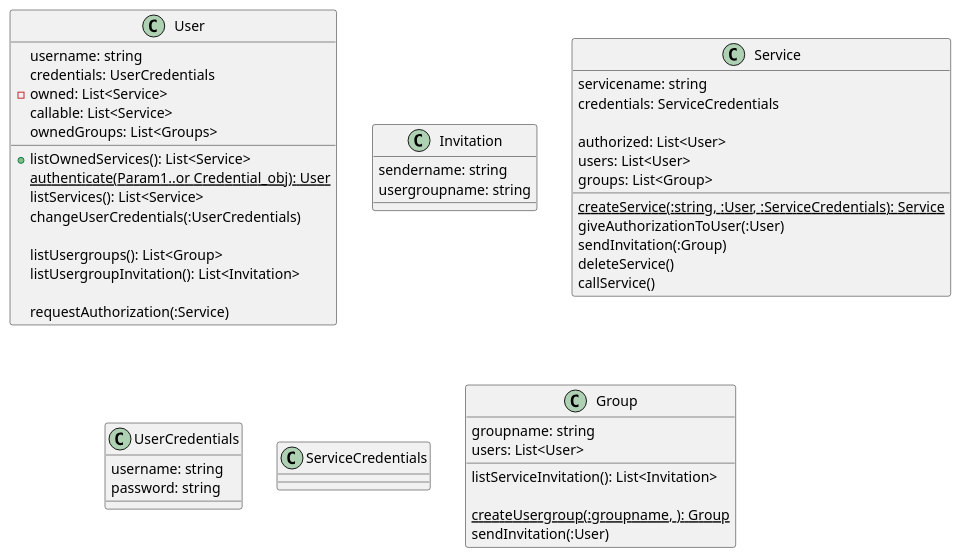
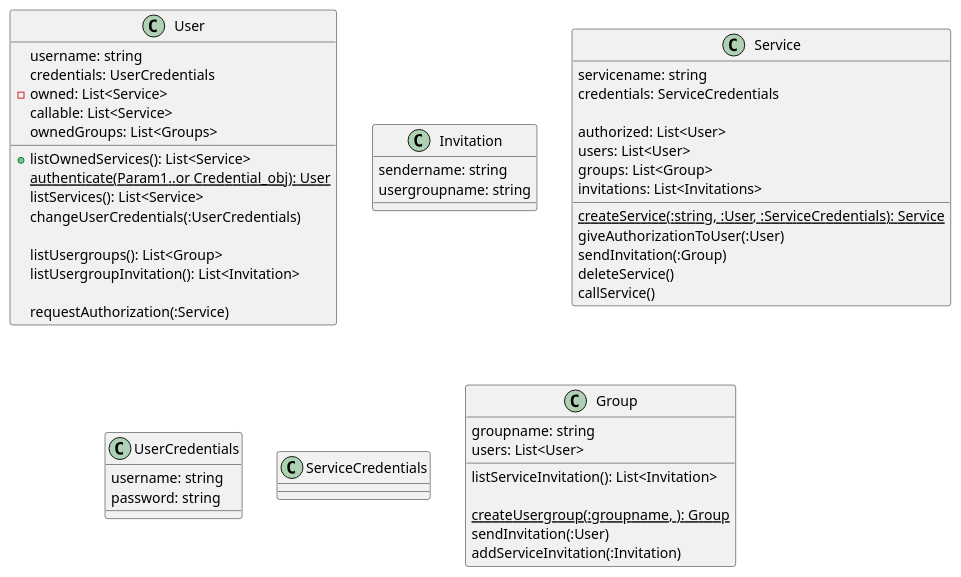
The diagram in doc/architecture.puml (sesogr/auth-share), drawn with PlantUML before and after one commit. The commit also changed other lines of this file, not shown here.

Commit message:
update of the architecture.puml - method addServiceInvitation and List<Invitation> were added

```diff
--- a/doc/architecture.puml
+++ b/doc/architecture.puml
@@ -1,71 +1,73 @@
 @startuml
 
 class User{
 
     username: string
     credentials: UserCredentials
     -owned: List<Service>
     callable: List<Service>
     ownedGroups: List<Groups>
     
     +listOwnedServices(): List<Service>
     {static}authenticate(Param1..or Credential_obj): User
     
     listServices(): List<Service>
     changeUserCredentials(:UserCredentials)
 
     listUsergroups(): List<Group>
     listUsergroupInvitation(): List<Invitation>
 
     requestAuthorization(:Service)
 }
 
 class Invitation{
 
     sendername: string
     usergroupname: string
 
 }
 
 class Service{
 
     servicename: string
     credentials: ServiceCredentials
     
     {static}createService(:string, :User, :ServiceCredentials): Service
     authorized: List<User>
     users: List<User>
     groups: List<Group>
+    invitations: List<Invitations>
 
     giveAuthorizationToUser(:User)
     sendInvitation(:Group)
     
     deleteService()
     callService()
 
     
 }
 
 class UserCredentials{
 
     username: string
     password: string
     
 }
 
 class ServiceCredentials{
     
     
 
 }
 
 class Group{
     groupname: string
     users: List<User>
     listServiceInvitation(): List<Invitation>
 
     {static}createUsergroup(:groupname, ): Group
     sendInvitation(:User)
+    addServiceInvitation(:Invitation)
 }
 
 @enduml
```
